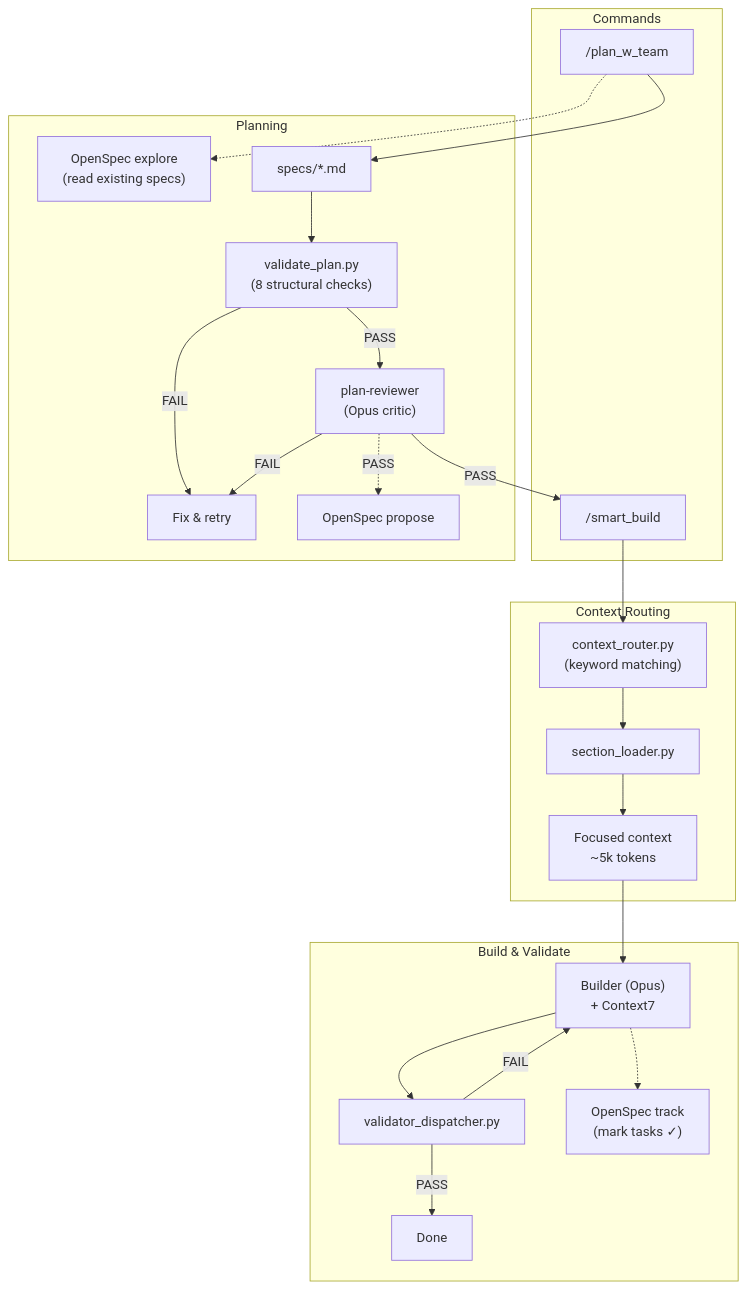
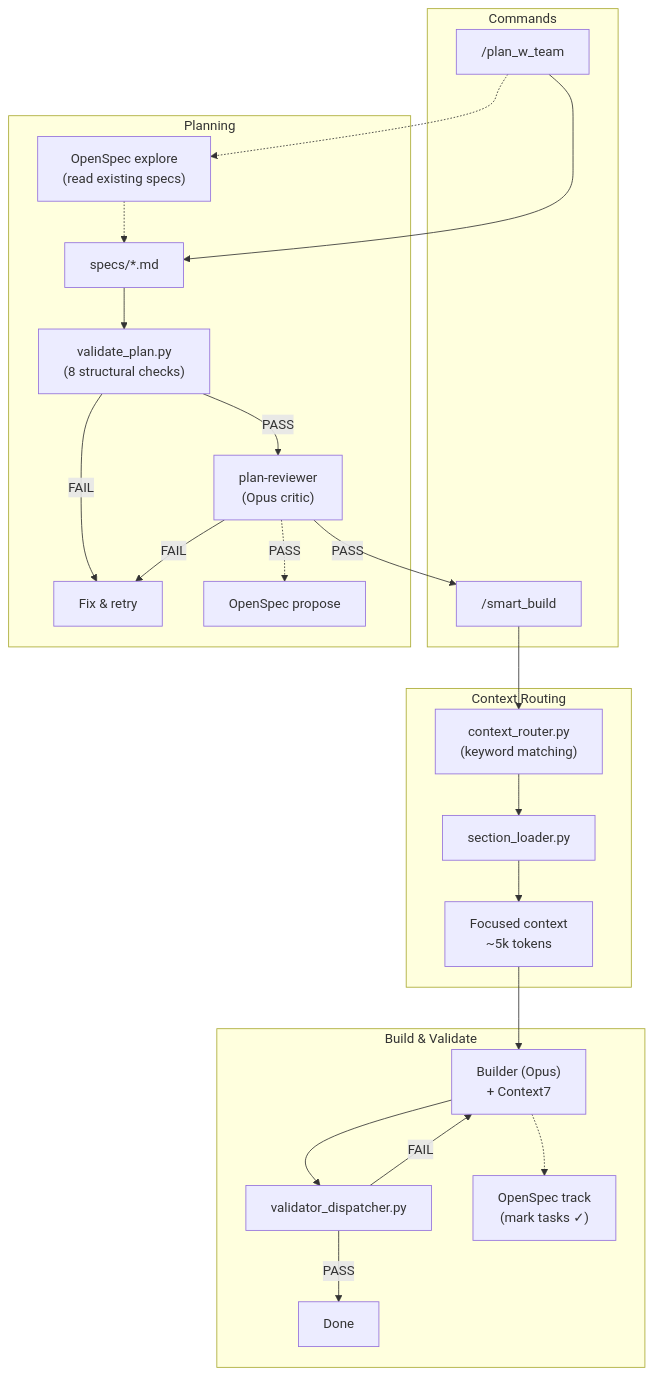
Before and after one commit to a-simeshin/claude-code-hooks-mastery: the diagram in README.md, drawn with Mermaid.

Commit message:
docs: Fix diagram — OpenSpec explore feeds into specs, not parallel

````diff
--- a/README.md
+++ b/README.md
@@ -28,32 +28,33 @@
 ```mermaid
 flowchart TB
     subgraph Commands
         plan["/plan_w_team"]
         smart["/smart_build"]
     end
 
     subgraph Planning
         plan -.-> osread["OpenSpec explore<br/>(read existing specs)"]
-        plan --> spec["specs/*.md"]
+        osread -.-> spec["specs/*.md"]
+        plan --> spec
         spec --> vp["validate_plan.py<br/>(8 structural checks)"]
         vp -->|PASS| pr["plan-reviewer<br/>(Opus critic)"]
         pr -->|PASS| smart
         vp -->|FAIL| fix["Fix & retry"]
         pr -->|FAIL| fix
         pr -.->|PASS| propose["OpenSpec propose"]
     end
 
     subgraph "Context Routing"
         smart --> cr["context_router.py<br/>(keyword matching)"]
         cr --> sl["section_loader.py"]
         sl --> ctx["Focused context<br/>~5k tokens"]
     end
 
     subgraph "Build & Validate"
         ctx --> builder["Builder (Opus)<br/>+ Context7"]
         builder --> vd["validator_dispatcher.py"]
         builder -.-> track["OpenSpec track<br/>(mark tasks ✓)"]
         vd -->|FAIL| builder
         vd -->|PASS| done["Done"]
     end
 ```
````
